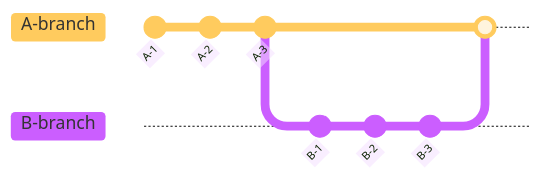
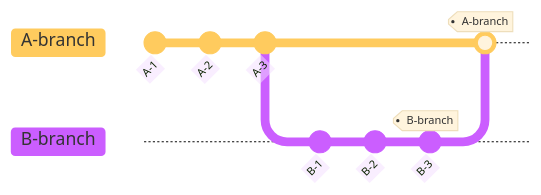
One commit to taeYoungTW/git-merge changed the sixth of 6 diagrams in Docs/Intro.md. Above: the diagram before and after it, drawn with Mermaid. The commit also changed other lines of this file and 2 other files, not shown here.

````diff
--- a/Docs/Intro.md
+++ b/Docs/Intro.md
@@ -95,13 +147,13 @@
 ```mermaid
 %%{init: { 'logLevel': 'debug', 'theme': 'base', 'gitGraph': {'showBranches': true, 'showCommitLabel':true,'mainBranchName': 'A-branch'}} }%%
       gitGraph
         commit id: "A-1"
         commit id: "A-2"
         commit id: "A-3"
         branch B-branch
         commit id: "B-1"
         commit id: "B-2"
-        commit id: "B-3"
+        commit id: "B-3" tag: "B-branch"
         checkout A-branch
-        merge B-branch
+        merge B-branch  tag: "A-branch"
 ```
````
